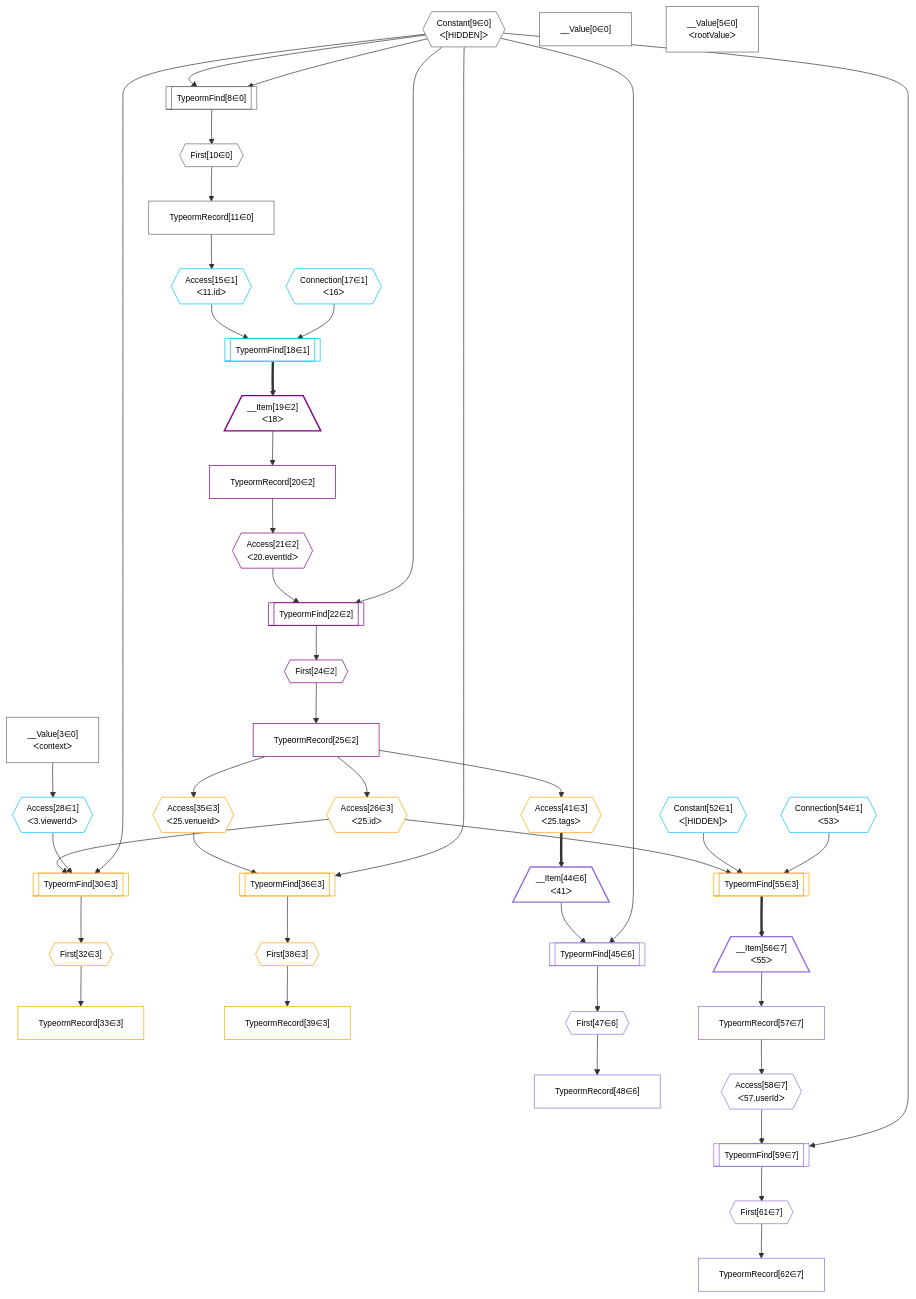
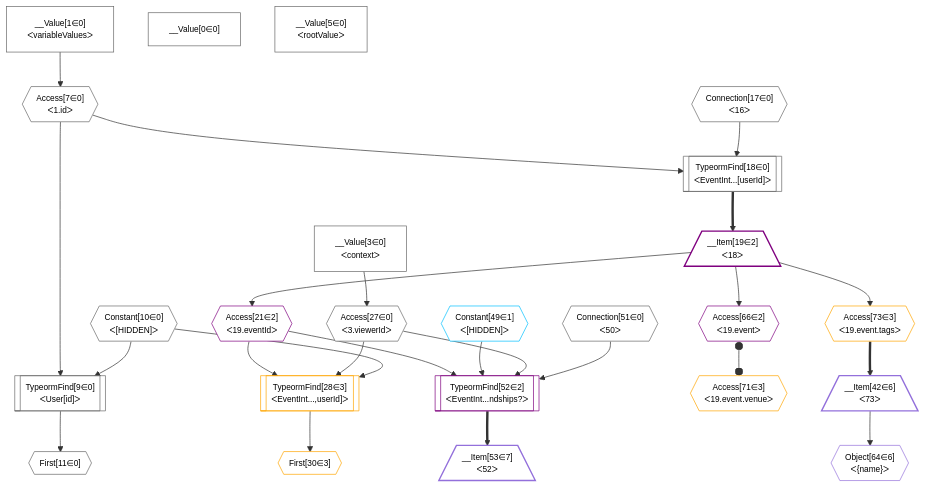
The diagram in plan.mermaid (benjie/grafast-typeorm-example), drawn with Mermaid before and after one commit.

Commit message:
Update plan diagram

```diff
--- a/plan.mermaid
+++ b/plan.mermaid
@@ -1,95 +1,64 @@
 %%{init: {'themeVariables': { 'fontSize': '12px'}}}%%
 flowchart TD
     classDef path fill:#eee,stroke:#000,color:#000
     classDef plan fill:#fff,stroke-width:1px,color:#000
     classDef itemplan fill:#fff,stroke-width:2px,color:#000
     classDef unbatchedplan fill:#dff,stroke-width:1px,color:#000
     classDef sideeffectplan fill:#fcc,stroke-width:2px,color:#000
     classDef bucket fill:#f6f6f6,color:#000,stroke-width:2px,text-align:left
 
 
     %% plan dependencies
-    TypeormFind8[["TypeormFind[8∈0]"]]:::plan
-    Constant9{{"Constant[9∈0]<br />ᐸ[HIDDEN]ᐳ"}}:::plan
-    Constant9 & Constant9 --> TypeormFind8
-    First10{{"First[10∈0]"}}:::plan
-    TypeormFind8 --> First10
-    TypeormRecord11["TypeormRecord[11∈0]"]:::plan
-    First10 --> TypeormRecord11
+    TypeormFind9[["TypeormFind[9∈0]<br />ᐸUser[id]ᐳ"]]:::plan
+    Access7{{"Access[7∈0]<br />ᐸ1.idᐳ"}}:::plan
+    Constant10{{"Constant[10∈0]<br />ᐸ[HIDDEN]ᐳ"}}:::plan
+    Access7 & Constant10 --> TypeormFind9
+    TypeormFind18[["TypeormFind[18∈0]<br />ᐸEventInt...[userId]ᐳ"]]:::plan
+    Connection17{{"Connection[17∈0]<br />ᐸ16ᐳ"}}:::plan
+    Access7 & Connection17 --> TypeormFind18
+    __Value1["__Value[1∈0]<br />ᐸvariableValuesᐳ"]:::plan
+    __Value1 --> Access7
+    First11{{"First[11∈0]"}}:::plan
+    TypeormFind9 --> First11
+    Access27{{"Access[27∈0]<br />ᐸ3.viewerIdᐳ"}}:::plan
+    __Value3["__Value[3∈0]<br />ᐸcontextᐳ"]:::plan
+    __Value3 --> Access27
     __Value0["__Value[0∈0]"]:::plan
-    __Value3["__Value[3∈0]<br />ᐸcontextᐳ"]:::plan
     __Value5["__Value[5∈0]<br />ᐸrootValueᐳ"]:::plan
-    TypeormFind18[["TypeormFind[18∈1]"]]:::plan
-    Access15{{"Access[15∈1]<br />ᐸ11.idᐳ"}}:::plan
-    Connection17{{"Connection[17∈1]<br />ᐸ16ᐳ"}}:::plan
-    Access15 & Connection17 --> TypeormFind18
-    TypeormRecord11 --> Access15
-    Access28{{"Access[28∈1]<br />ᐸ3.viewerIdᐳ"}}:::plan
-    __Value3 --> Access28
-    Constant52{{"Constant[52∈1]<br />ᐸ[HIDDEN]ᐳ"}}:::plan
-    Connection54{{"Connection[54∈1]<br />ᐸ53ᐳ"}}:::plan
-    TypeormFind22[["TypeormFind[22∈2]"]]:::plan
-    Access21{{"Access[21∈2]<br />ᐸ20.eventIdᐳ"}}:::plan
-    Access21 & Constant9 --> TypeormFind22
+    Connection51{{"Connection[51∈0]<br />ᐸ50ᐳ"}}:::plan
+    Constant49{{"Constant[49∈1]<br />ᐸ[HIDDEN]ᐳ"}}:::plan
+    TypeormFind52[["TypeormFind[52∈2]<br />ᐸEventInt...ndships?ᐳ"]]:::plan
+    Access21{{"Access[21∈2]<br />ᐸ19.eventIdᐳ"}}:::plan
+    Access21 & Constant49 & Access27 & Connection51 --> TypeormFind52
     __Item19[/"__Item[19∈2]<br />ᐸ18ᐳ"\]:::itemplan
     TypeormFind18 ==> __Item19
-    TypeormRecord20["TypeormRecord[20∈2]"]:::plan
-    __Item19 --> TypeormRecord20
-    TypeormRecord20 --> Access21
-    First24{{"First[24∈2]"}}:::plan
-    TypeormFind22 --> First24
-    TypeormRecord25["TypeormRecord[25∈2]"]:::plan
-    First24 --> TypeormRecord25
-    TypeormFind30[["TypeormFind[30∈3]"]]:::plan
-    Access26{{"Access[26∈3]<br />ᐸ25.idᐳ"}}:::plan
-    Access26 & Access28 & Constant9 --> TypeormFind30
-    TypeormFind55[["TypeormFind[55∈3]"]]:::plan
-    Access26 & Constant52 & Connection54 --> TypeormFind55
-    TypeormFind36[["TypeormFind[36∈3]"]]:::plan
-    Access35{{"Access[35∈3]<br />ᐸ25.venueIdᐳ"}}:::plan
-    Access35 & Constant9 --> TypeormFind36
-    TypeormRecord25 --> Access26
-    First32{{"First[32∈3]"}}:::plan
-    TypeormFind30 --> First32
-    TypeormRecord33["TypeormRecord[33∈3]"]:::plan
-    First32 --> TypeormRecord33
-    TypeormRecord25 --> Access35
-    First38{{"First[38∈3]"}}:::plan
-    TypeormFind36 --> First38
-    TypeormRecord39["TypeormRecord[39∈3]"]:::plan
-    First38 --> TypeormRecord39
-    Access41{{"Access[41∈3]<br />ᐸ25.tagsᐳ"}}:::plan
-    TypeormRecord25 --> Access41
-    TypeormFind45[["TypeormFind[45∈6]"]]:::plan
-    __Item44[/"__Item[44∈6]<br />ᐸ41ᐳ"\]:::itemplan
-    __Item44 & Constant9 --> TypeormFind45
-    Access41 ==> __Item44
-    First47{{"First[47∈6]"}}:::plan
-    TypeormFind45 --> First47
-    TypeormRecord48["TypeormRecord[48∈6]"]:::plan
-    First47 --> TypeormRecord48
-    TypeormFind59[["TypeormFind[59∈7]"]]:::plan
-    Access58{{"Access[58∈7]<br />ᐸ57.userIdᐳ"}}:::plan
-    Access58 & Constant9 --> TypeormFind59
-    __Item56[/"__Item[56∈7]<br />ᐸ55ᐳ"\]:::itemplan
-    TypeormFind55 ==> __Item56
-    TypeormRecord57["TypeormRecord[57∈7]"]:::plan
-    __Item56 --> TypeormRecord57
-    TypeormRecord57 --> Access58
-    First61{{"First[61∈7]"}}:::plan
-    TypeormFind59 --> First61
-    TypeormRecord62["TypeormRecord[62∈7]"]:::plan
-    First61 --> TypeormRecord62
+    __Item19 --> Access21
+    Access66{{"Access[66∈2]<br />ᐸ19.eventᐳ"}}:::plan
+    __Item19 --> Access66
+    TypeormFind28[["TypeormFind[28∈3]<br />ᐸEventInt...,userId]ᐳ"]]:::plan
+    Access21 & Access27 & Constant10 --> TypeormFind28
+    First30{{"First[30∈3]"}}:::plan
+    TypeormFind28 --> First30
+    Access71{{"Access[71∈3]<br />ᐸ19.event.venueᐳ"}}:::plan
+    Access66 o--o Access71
+    Access73{{"Access[73∈3]<br />ᐸ19.event.tagsᐳ"}}:::plan
+    __Item19 --> Access73
+    __Item42[/"__Item[42∈6]<br />ᐸ73ᐳ"\]:::itemplan
+    Access73 ==> __Item42
+    Object64{{"Object[64∈6]<br />ᐸ{name}ᐳ"}}:::plan
+    __Item42 --> Object64
+    __Item53[/"__Item[53∈7]<br />ᐸ52ᐳ"\]:::itemplan
+    TypeormFind52 ==> __Item53
 
     %% define steps
 
     classDef bucket0 stroke:#696969
-    class Bucket0,__Value0,__Value3,__Value5,TypeormFind8,Constant9,First10,TypeormRecord11 bucket0
+    class Bucket0,__Value0,__Value1,__Value3,__Value5,Access7,TypeormFind9,Constant10,First11,Connection17,TypeormFind18,Access27,Connection51 bucket0
     classDef bucket1 stroke:#00bfff
-    class Bucket1,Access15,Connection17,TypeormFind18,Access28,Constant52,Connection54 bucket1
+    class Bucket1,Constant49 bucket1
     classDef bucket2 stroke:#7f007f
-    class Bucket2,__Item19,TypeormRecord20,Access21,TypeormFind22,First24,TypeormRecord25 bucket2
+    class Bucket2,__Item19,Access21,TypeormFind52,Access66 bucket2
     classDef bucket3 stroke:#ffa500
-    class Bucket3,Access26,TypeormFind30,First32,TypeormRecord33,Access35,TypeormFind36,First38,TypeormRecord39,Access41,TypeormFind55 bucket3
+    class Bucket3,TypeormFind28,First30,Access71,Access73 bucket3
     classDef bucket4 stroke:#0000ff
     class Bucket4 bucket4
```
